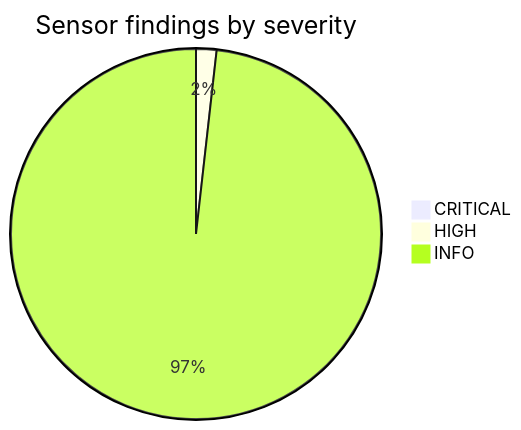
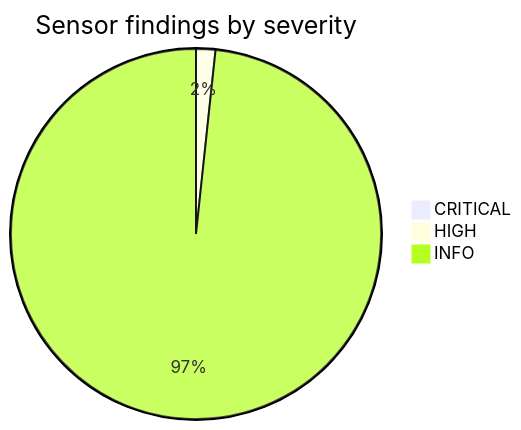
One commit to Cosmian/kms changed the first of 5 diagrams in documentation/docs/certifications_and_compliance/audit/crypto_inventory.md. Above: the diagram before and after it, drawn with Mermaid. The commit also changed other lines of this file and 6 other files, not shown here.

````diff
--- a/documentation/docs/certifications_and_compliance/audit/crypto_inventory.md
+++ b/documentation/docs/certifications_and_compliance/audit/crypto_inventory.md
@@ -66,6 +66,6 @@
     ```mermaid
     pie title Sensor findings by severity
     "CRITICAL" : 21
     "HIGH" : 40
-    "INFO" : 2204
+    "INFO" : 2334
     ```
````
